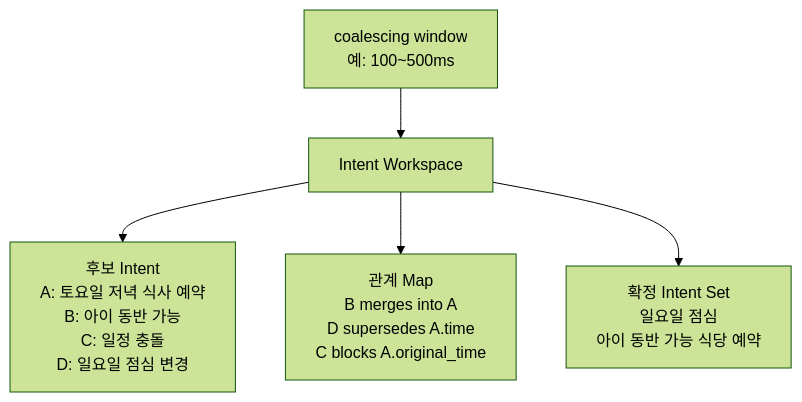
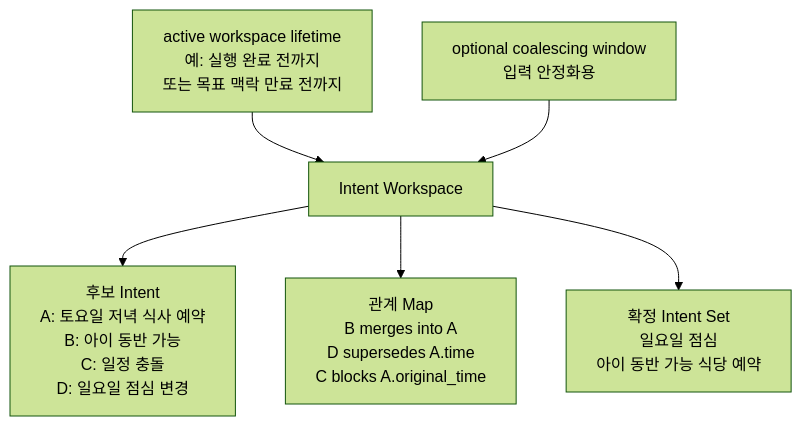
One commit to Sunwoo-Nam/architect-teamproject changed the fourth of 4 diagrams in docs/DP 후보안/DP11-Intent 실행 흐름의 상태 모델링 및 변경·복구 범위 관리 방식.md. Above: the diagram before and after it, drawn with Mermaid (forest theme). The commit also changed other lines of this file, not shown here.

Commit message:
Refine intent-workspace semantics and remove coalescing-window bias

````diff
--- a/docs/DP 후보안/DP11-Intent 실행 흐름의 상태 모델링 및 변경·복구 범위 관리 방식.md
+++ b/docs/DP 후보안/DP11-Intent 실행 흐름의 상태 모델링 및 변경·복구 범위 관리 방식.md
@@ -143,10 +144,11 @@
 ```mermaid
 flowchart TB
     W["Intent Workspace"]
 
     W --> A["후보 Intent<br/>A: 토요일 저녁 식사 예약<br/>B: 아이 동반 가능<br/>C: 일정 충돌<br/>D: 일요일 점심 변경"]
     W --> R["관계 Map<br/>B merges into A<br/>D supersedes A.time<br/>C blocks A.original_time"]
     W --> C["확정 Intent Set<br/>일요일 점심<br/>아이 동반 가능 식당 예약"]
 
-    N["coalescing window<br/>예: 100~500ms"] --> W
+    N["active workspace lifetime<br/>예: 실행 완료 전까지<br/>또는 목표 맥락 만료 전까지"] --> W
+    O["optional coalescing window<br/>입력 안정화용"] --> W
 ```
````
